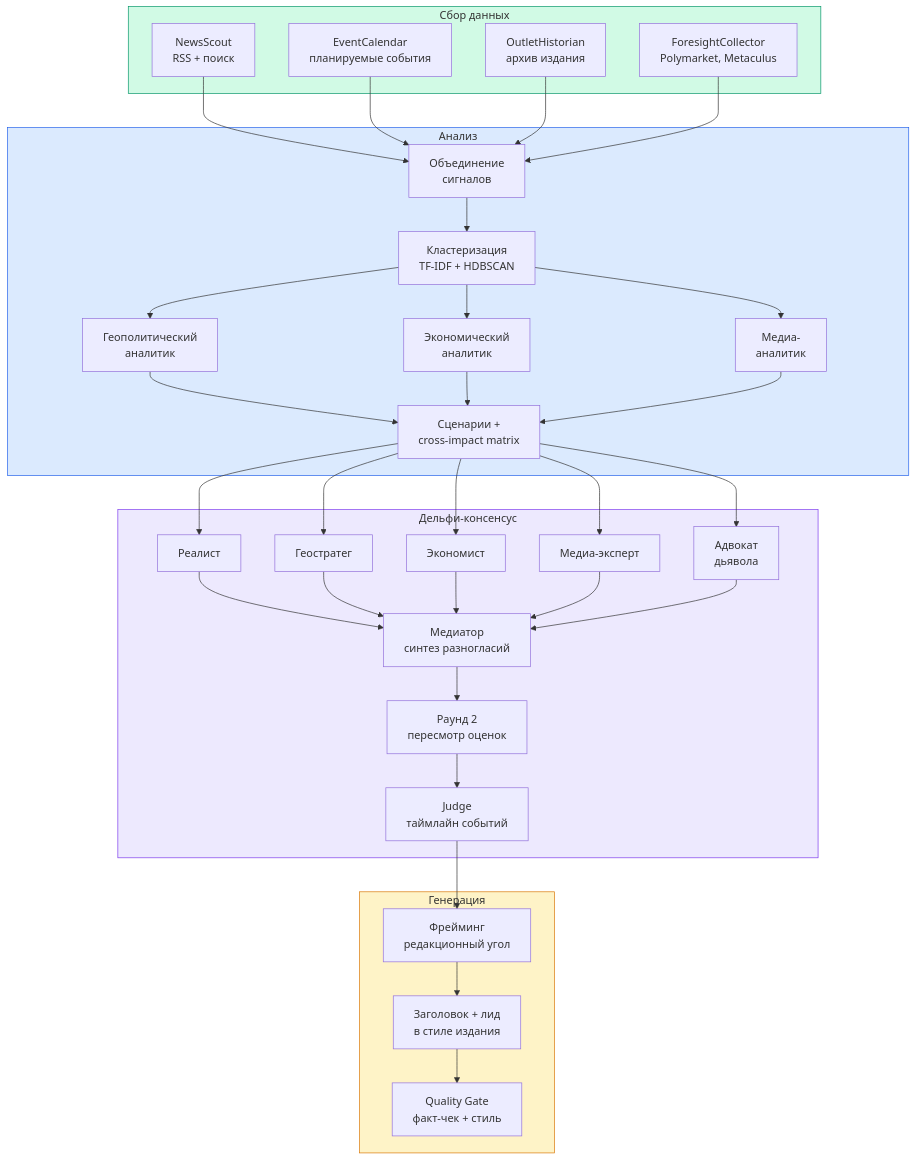
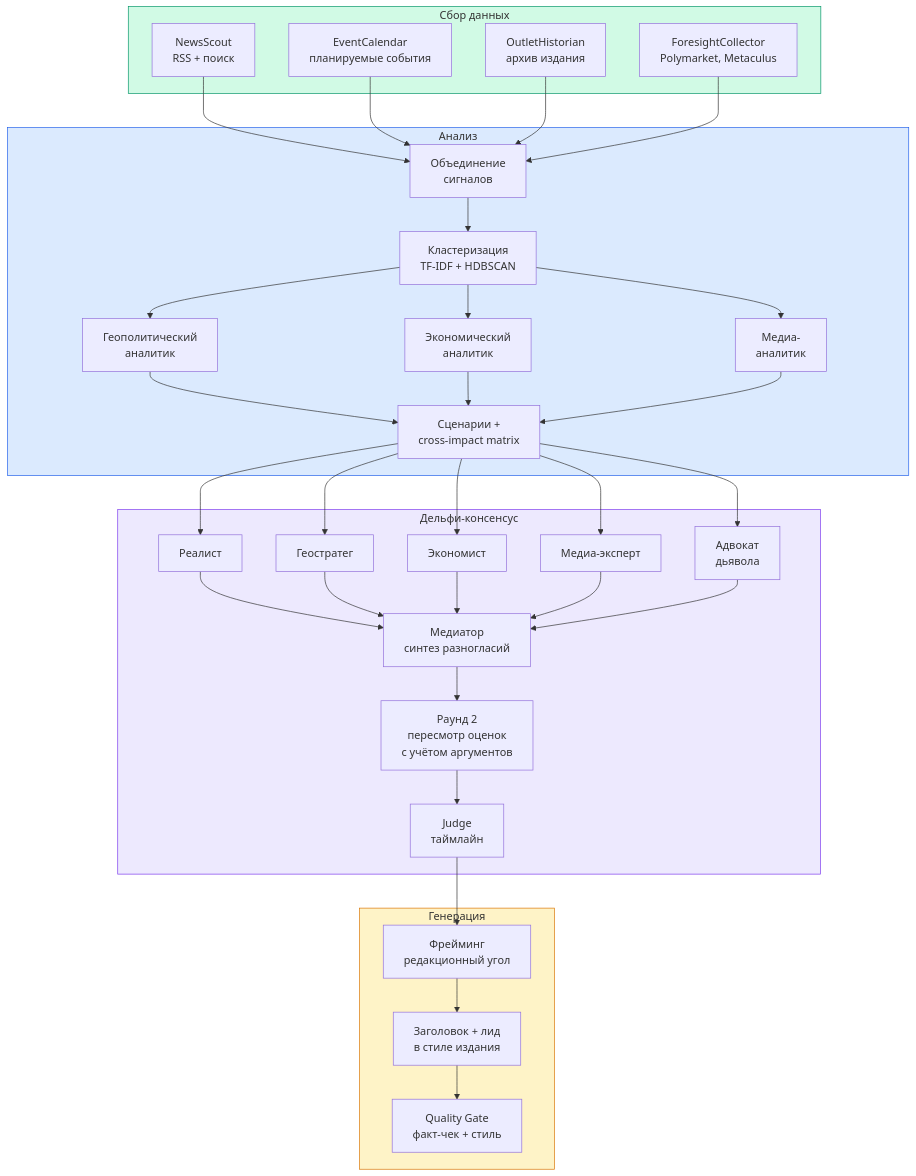
One commit to Antopkin/delphi-press changed the first of 2 diagrams in README.md. Above: the diagram before and after it, drawn with Mermaid. The commit also changed other lines of this file and 1 other file, not shown here.

Commit message:
fix: shorten Mermaid labels, re-render KaTeX inside details blocks
- Pipeline: "Раунд 2" now shows "пересмотр оценок"
- Wisdom mermaid: shortened cell labels to prevent text overflow
- Tech stack mermaid: shortened cell labels
- Added toggle listener to re-render KaTeX when <details> opens

````diff
--- a/README.md
+++ b/README.md
@@ -75,33 +75,33 @@
 ```mermaid
 flowchart TD
     subgraph collect["Сбор данных"]
         NS["NewsScout<br/>RSS + поиск"] & EC["EventCalendar<br/>планируемые события"] & OH["OutletHistorian<br/>архив издания"] & FC["ForesightCollector<br/>Polymarket, Metaculus"]
     end
 
     subgraph analyze["Анализ"]
         MERGE["Объединение<br/>сигналов"] --> CLUSTER["Кластеризация<br/>TF-IDF + HDBSCAN"]
         CLUSTER --> GA["Геополитический<br/>аналитик"] & EA["Экономический<br/>аналитик"] & MA["Медиа-<br/>аналитик"]
         GA & EA & MA --> SCENARIOS["Сценарии +<br/>cross-impact matrix"]
     end
 
     subgraph delphi["Дельфи-консенсус"]
         P1["Реалист"] & P2["Геостратег"] & P3["Экономист"] & P4["Медиа-эксперт"] & P5["Адвокат<br/>дьявола"]
         P1 & P2 & P3 & P4 & P5 --> MED["Медиатор<br/>синтез разногласий"]
-        MED --> R2["Раунд 2<br/>пересмотр оценок"]
-        R2 --> JUDGE["Judge<br/>таймлайн событий"]
+        MED --> R2["Раунд 2<br/>пересмотр оценок<br/>с учётом аргументов"]
+        R2 --> JUDGE["Judge<br/>таймлайн"]
     end
 
     subgraph output["Генерация"]
         FRAME["Фрейминг<br/>редакционный угол"] --> HEADLINE["Заголовок + лид<br/>в стиле издания"]
         HEADLINE --> QG["Quality Gate<br/>факт-чек + стиль"]
     end
 
     NS & EC & OH & FC --> MERGE
     SCENARIOS --> P1 & P2 & P3 & P4 & P5
     JUDGE --> FRAME
 
     style collect fill:#d1fae5,stroke:#059669
     style analyze fill:#dbeafe,stroke:#2563eb
     style delphi fill:#ede9fe,stroke:#7c3aed
     style output fill:#fef3c7,stroke:#d97706
 ```
````
